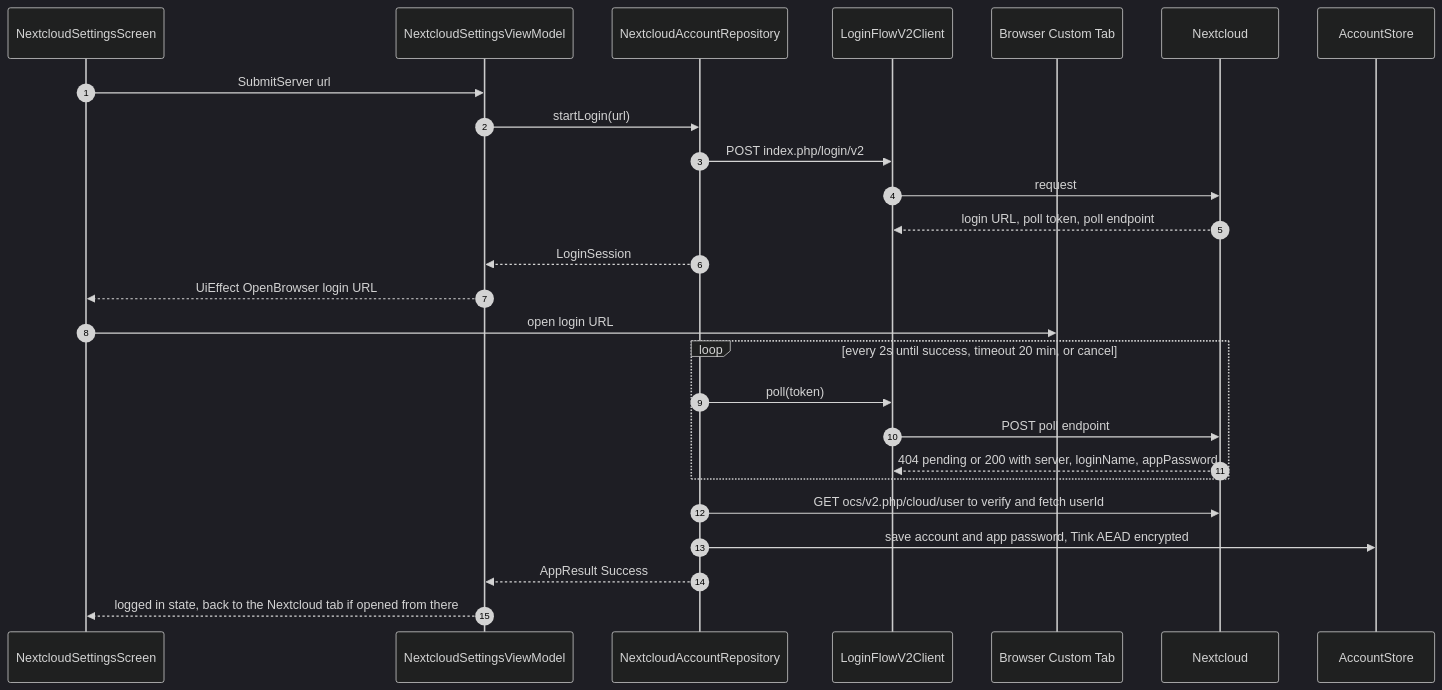
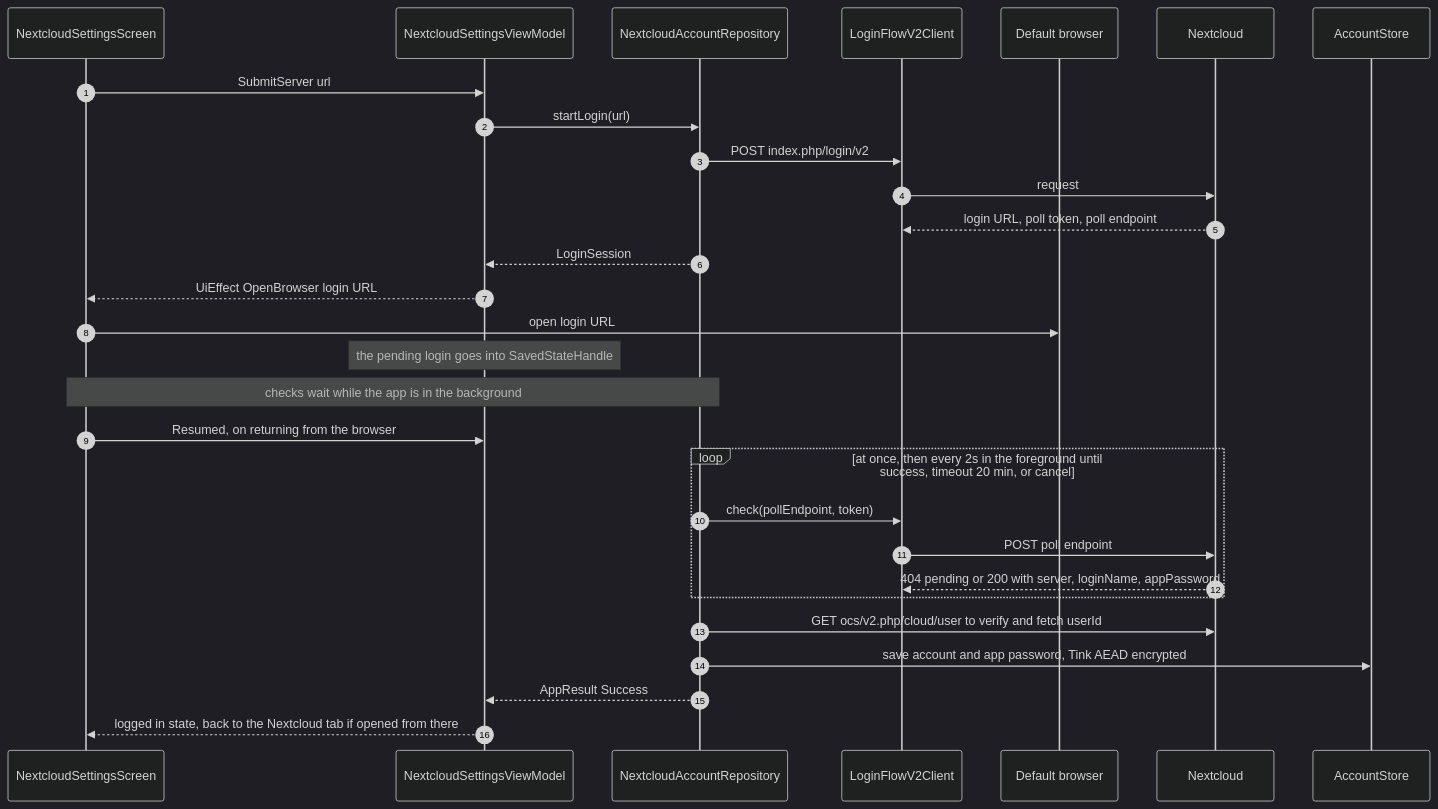
The ninth of 12 diagrams in docs/ARCHITECTURE.md (drehtuer/NextGalleryApp), drawn with Mermaid (dark theme) before and after one commit. The commit also changed other lines of this file and 16 other files, not shown here.

First line of the commit message:
Open the Nextcloud login in the default browser and check on return

````diff
--- a/docs/ARCHITECTURE.md
+++ b/docs/ARCHITECTURE.md
@@ -723,29 +723,32 @@
 ```mermaid
 sequenceDiagram
     autonumber
     participant UI as NextcloudSettingsScreen
     participant VM as NextcloudSettingsViewModel
     participant Repo as NextcloudAccountRepository
     participant LF as LoginFlowV2Client
-    participant Br as Browser Custom Tab
+    participant Br as Default browser
     participant Srv as Nextcloud
     participant CS as AccountStore
 
     UI->>VM: SubmitServer url
     VM->>Repo: startLogin(url)
     Repo->>LF: POST index.php/login/v2
     LF->>Srv: request
     Srv-->>LF: login URL, poll token, poll endpoint
     Repo-->>VM: LoginSession
     VM-->>UI: UiEffect OpenBrowser login URL
     UI->>Br: open login URL
-    loop every 2s until success, timeout 20 min, or cancel
-        Repo->>LF: poll(token)
+    Note over VM: the pending login goes into SavedStateHandle
+    Note over UI,Repo: checks wait while the app is in the background
+    UI->>VM: Resumed, on returning from the browser
+    loop at once, then every 2s in the foreground until success, timeout 20 min, or cancel
+        Repo->>LF: check(pollEndpoint, token)
         LF->>Srv: POST poll endpoint
         Srv-->>LF: 404 pending or 200 with server, loginName, appPassword
     end
     Repo->>Srv: GET ocs/v2.php/cloud/user to verify and fetch userId
     Repo->>CS: save account and app password, Tink AEAD encrypted
     Repo-->>VM: AppResult Success
     VM-->>UI: logged in state, back to the Nextcloud tab if opened from there
 ```
````
